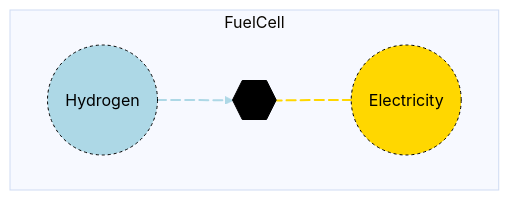
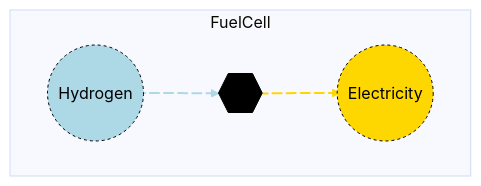
One commit to openmod-tracker/MacroEnergy.jl changed the diagram in docs/src/Manual/assets/fuelcell.md. Above: the diagram before and after it, drawn with Mermaid. The commit also changed 12 other files, not shown here.

Commit message:
Fix Mermaid diagram rendering issues in asset library

````diff
--- a/docs/src/Manual/assets/fuelcell.md
+++ b/docs/src/Manual/assets/fuelcell.md
@@ -21,16 +21,16 @@
 ```mermaid
 %%{init: {'theme': 'base', 'themeVariables': { 'background': '#D1EBDE' }}}%%
 flowchart LR
   subgraph FuelCell
   direction LR
   A((Hydrogen)) e1@--> B{{..}}
   B e2@--> C((Electricity))
   e1@{ animate: true }
   e2@{ animate: true }
  end
-    style A r:55px,fill:lightblue,stroke:black,color:black,stroke-dasharray: 3,5;
+    style A r:48px,fill:lightblue,stroke:black,color:black,stroke-dasharray: 3,5;
     style B fill:black,stroke:black,color:black;
-    style C r:55px,fill:#FFD700,stroke:black,color:black,stroke-dasharray: 3,5;
+    style C r:48px,fill:#FFD700,stroke:black,color:black,stroke-dasharray: 3,5;
     linkStyle 0 stroke:lightblue, stroke-width: 2px, stroke-dasharray: 5 5;
     linkStyle 1 stroke:#FFD700, stroke-width: 2px, stroke-dasharray: 5 5;
 ```
````
